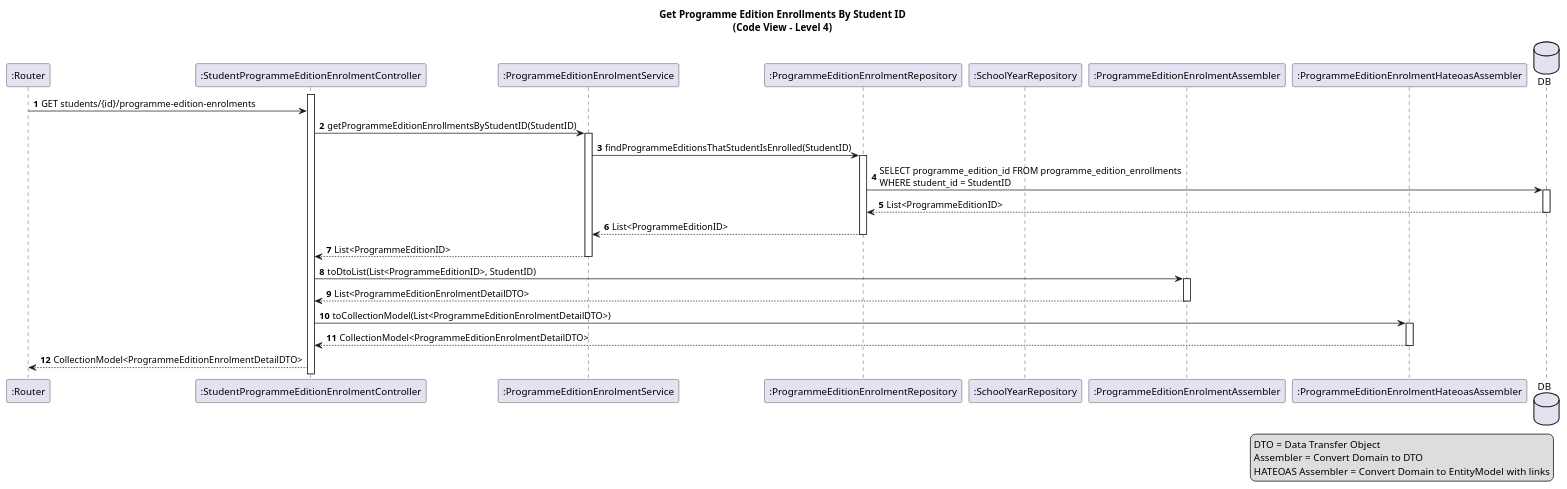
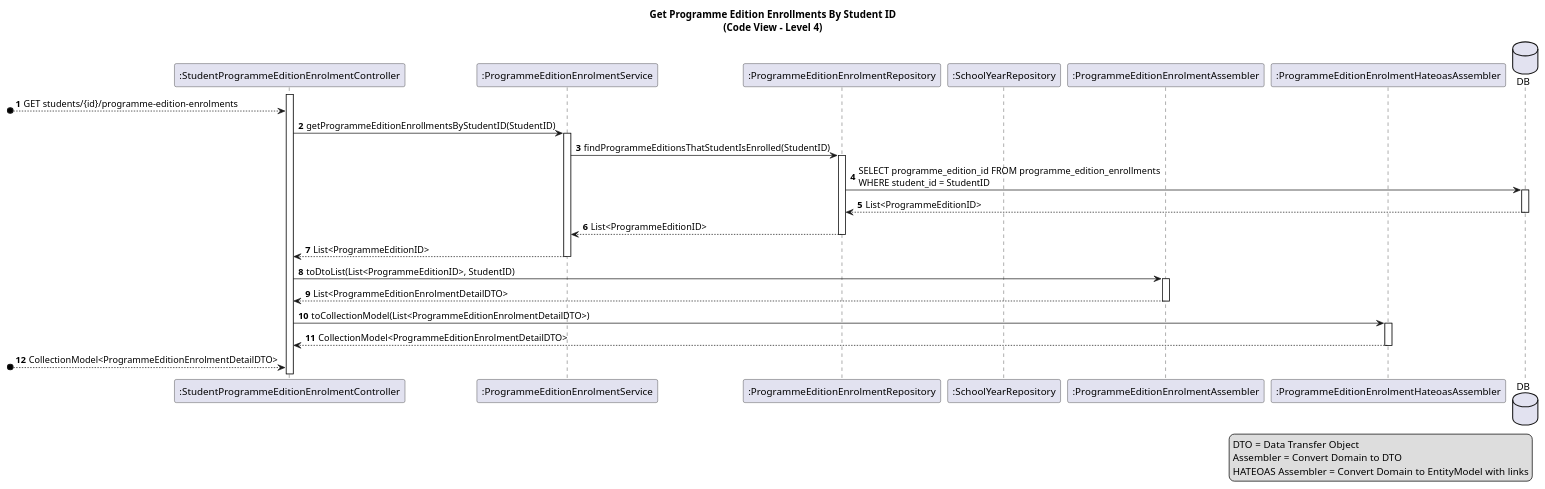
The diagram in docs/US16/sprint6_RestController/scenario/references/GetProgrammeEditionsByStudentId.puml (GasparISEP/DevOps-PAI), drawn with PlantUML before and after one commit. The commit also changed 1 other file, not shown here.

Commit message:
refactor: update sequence diagrams for FindCourseEditionByProgrammeEditionId and GetProgrammeEditionsByStudentId to improve clarity and consistency in request format. refs #659 #684

```diff
--- a/docs/US16/sprint6_RestController/scenario/references/GetProgrammeEditionsByStudentId.puml
+++ b/docs/US16/sprint6_RestController/scenario/references/GetProgrammeEditionsByStudentId.puml
@@ -1,40 +1,39 @@
 @startuml
 title: Get Programme Edition Enrollments By Student ID\n(Code View - Level 4)
 
 autonumber
 
-participant ":Router" as router
 participant ":StudentProgrammeEditionEnrolmentController" as peeCtrl
 activate peeCtrl
 participant ":ProgrammeEditionEnrolmentService" as peeService
 participant ":ProgrammeEditionEnrolmentRepository" as peeRepo
 participant ":SchoolYearRepository" as syRepo
 participant ":ProgrammeEditionEnrolmentAssembler" as peeAssembler
 participant ":ProgrammeEditionEnrolmentHateoasAssembler" as peeHateoasAssembler
 database DB
 
-router -> peeCtrl: GET students/{id}/programme-edition-enrolments
+[o--> peeCtrl: GET students/{id}/programme-edition-enrolments
 peeCtrl -> peeService ++: getProgrammeEditionEnrollmentsByStudentID(StudentID)
 peeService -> peeRepo ++: findProgrammeEditionsThatStudentIsEnrolled(StudentID)
 peeRepo -> DB ++: SELECT programme_edition_id FROM programme_edition_enrollments\nWHERE student_id = StudentID
 DB --> peeRepo --: List<ProgrammeEditionID>
 
 peeRepo --> peeService --: List<ProgrammeEditionID>
 peeService --> peeCtrl --: List<ProgrammeEditionID>
 
 peeCtrl -> peeAssembler ++: toDtoList(List<ProgrammeEditionID>, StudentID)
 peeAssembler --> peeCtrl --: List<ProgrammeEditionEnrolmentDetailDTO>
 
 peeCtrl -> peeHateoasAssembler ++: toCollectionModel(List<ProgrammeEditionEnrolmentDetailDTO>)
 
 
 peeHateoasAssembler --> peeCtrl --: CollectionModel<ProgrammeEditionEnrolmentDetailDTO>
-peeCtrl --> router: CollectionModel<ProgrammeEditionEnrolmentDetailDTO>
+[o--> peeCtrl : CollectionModel<ProgrammeEditionEnrolmentDetailDTO>
 
 legend right
   DTO = Data Transfer Object
   Assembler = Convert Domain to DTO
   HATEOAS Assembler = Convert Domain to EntityModel with links
 end legend
 
 @enduml
```
